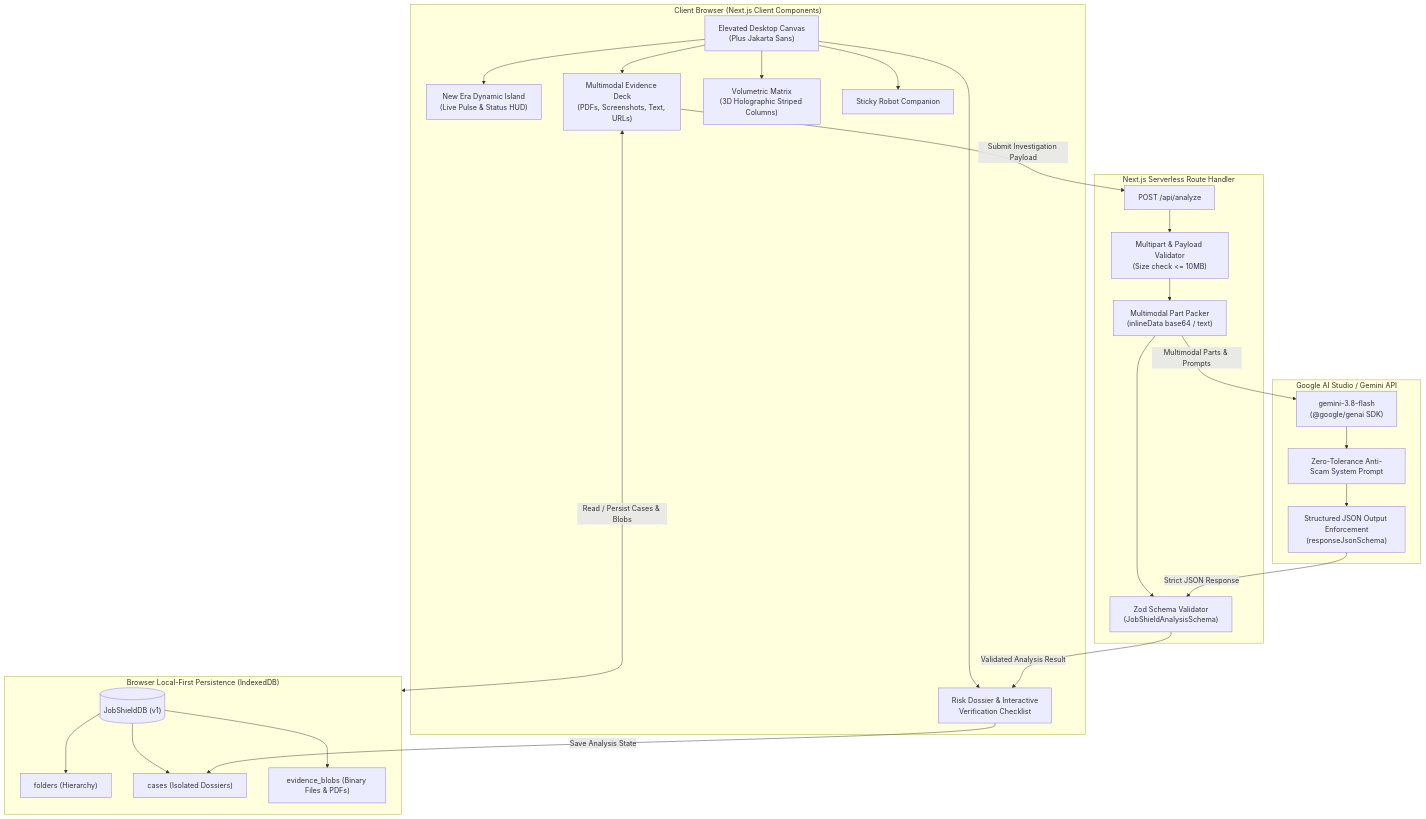
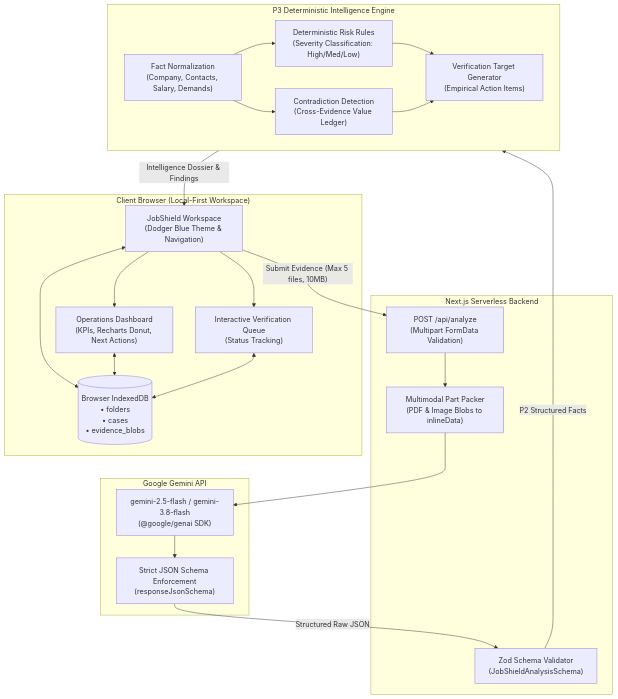
The diagram in README.md (Pranjalwork1/JobShield), drawn with Mermaid before and after one commit. The commit also changed other lines of this file and 45 other files, not shown here.

Commit message:
docs: update root README for hackathon evaluation and apply Dodger Blue brand tokens

````diff
--- a/README.md
+++ b/README.md
@@ -40,54 +243,48 @@
 ```mermaid
-graph TD
-    subgraph Client ["Client Browser (Next.js Client Components)"]
-        UI["Elevated Desktop Canvas<br/>(Plus Jakarta Sans)"]
-        DI["New Era Dynamic Island<br/>(Live Pulse & Status HUD)"]
-        Intake["Multimodal Evidence Deck<br/>(PDFs, Screenshots, Text, URLs)"]
-        Hero["Volumetric Matrix<br/>(3D Holographic Striped Columns)"]
-        Dossier["Risk Dossier & Interactive<br/>Verification Checklist"]
-        Mascot["Sticky Robot Companion"]
+flowchart TD
+    subgraph Client ["Client Browser (Local-First Workspace)"]
+        UI["JobShield Workspace<br/>(Dodger Blue Theme & Navigation)"]
+        IDB[("Browser IndexedDB<br/>• folders<br/>• cases<br/>• evidence_blobs")]
+        Queue["Interactive Verification Queue<br/>(Status Tracking)"]
+        Dash["Operations Dashboard<br/>(KPIs, Recharts Donut, Next Actions)"]
         
-        UI --> DI
-        UI --> Intake
-        UI --> Hero
-        UI --> Dossier
-        UI --> Mascot
+        UI <--> IDB
+        UI --> Dash
+        UI --> Queue
     end
 
-    subgraph Storage ["Browser Local-First Persistence (IndexedDB)"]
-        IDB[("JobShieldDB (v1)")]
-        F_Store["folders (Hierarchy)"]
-        C_Store["cases (Isolated Dossiers)"]
-        B_Store["evidence_blobs (Binary Files & PDFs)"]
+    subgraph Server ["Next.js Serverless Backend"]
+        API["POST /api/analyze<br/>(Multipart FormData Validation)"]
+        Packer["Multimodal Part Packer<br/>(PDF & Image Blobs to inlineData)"]
+        ZodValidator["Zod Schema Validator<br/>(JobShieldAnalysisSchema)"]
         
-        IDB --> F_Store
-        IDB --> C_Store
-        IDB --> B_Store
+        API --> Packer
     end
 
-    subgraph Server ["Next.js Serverless Route Handler"]
-        API["POST /api/analyze"]
-        Val["Multipart & Payload Validator<br/>(Size check &lt;= 10MB)"]
-        Packer["Multimodal Part Packer<br/>(inlineData base64 / text)"]
-        SchemaValidator["Zod Schema Validator<br/>(JobShieldAnalysisSchema)"]
+    subgraph AI ["Google Gemini API"]
+        Gemini["gemini-2.5-flash / gemini-3.8-flash<br/>(@google/genai SDK)"]
+        JSONMode["Strict JSON Schema Enforcement<br/>(responseJsonSchema)"]
         
-        API --> Val --> Packer
-        Packer --> SchemaValidator
+        Gemini --> JSONMode
     end
 
-    subgraph GeminiAI ["Google AI Studio / Gemini API"]
-        GeminiFlash["gemini-3.8-flash<br/>(@google/genai SDK)"]
-        PromptEngine["Zero-Tolerance Anti-Scam System Prompt"]
-        JSONEnforcer["Structured JSON Output Enforcement<br/>(responseJsonSchema)"]
+    subgraph Engine ["P3 Deterministic Intelligence Engine"]
+        Normalizer["Fact Normalization<br/>(Company, Contacts, Salary, Demands)"]
+        Rules["Deterministic Risk Rules<br/>(Severity Classification: High/Med/Low)"]
+        Contradictions["Contradiction Detection<br/>(Cross-Evidence Value Ledger)"]
+        TargetGen["Verification Target Generator<br/>(Empirical Action Items)"]
         
-        GeminiFlash --> PromptEngine
-        PromptEngine --> JSONEnforcer
+        Normalizer --> Rules
+        Normalizer --> Contradictions
+        Rules --> TargetGen
+        Contradictions --> TargetGen
     end
 
-    Intake <--> |"Read / Persist Cases & Blobs"| Storage
-    Intake --> |"Submit Investigation Payload"| API
-    Packer --> |"Multimodal Parts & Prompts"| GeminiFlash
-    JSONEnforcer --> |"Strict JSON Response"| SchemaValidator
-    SchemaValidator --> |"Validated Analysis Result"| Dossier
-    Dossier --> |"Save Analysis State"| C_Store
+    UI -->|"Submit Evidence (Max 5 files, 10MB)"| API
+    Packer --> Gemini
+    JSONMode -->|"Structured Raw JSON"| ZodValidator
+    ZodValidator -->|"P2 Structured Facts"| Engine
+    Engine -->|"Intelligence Dossier & Findings"| UI
+    Queue <--> IDB
+    Dash <--> IDB
 ```
````
